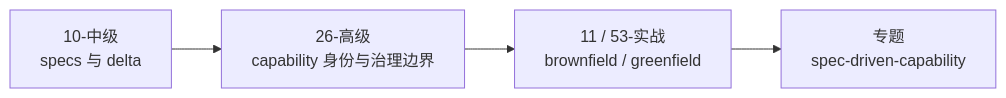
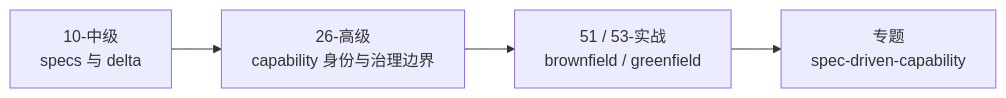
Before and after one commit to ethan-jiang-3/OpenSpec: the seventh of 8 diagrams in _openspec_handbook/00-index.md, drawn with Mermaid. The commit also changed other lines of this file and 27 other files, not shown here.

Commit message:
docs(handbook): 修重编号遗漏——14 章 H1 标题同步新号（此前只改文件名，标题仍写 02–15，与文件名自相矛盾）、链接文字 [NN] 与目标对齐、26 章内章间引用（06→23 / 08→25）、00-index mermaid 节点（11/53→51/53、05/23→22/23）、_digested/_faq 的 handbook 章号正文引用 31 处；全量复验：链接/锚点 0 失效、围栏 0 未配平、H1↔文件名 0 不一致、链接文字↔目标 0 不符、sha 0 无效

````diff
--- a/_openspec_handbook/00-index.md
+++ b/_openspec_handbook/00-index.md
@@ -193,6 +193,6 @@
 ```mermaid
 graph LR
     A[10-中级<br/>specs 与 delta] --> B[26-高级<br/>capability 身份与治理边界]
-    B --> C[11 / 53-实战<br/>brownfield / greenfield]
+    B --> C[51 / 53-实战<br/>brownfield / greenfield]
     C --> D[专题<br/>spec-driven-capability]
 ```
````
